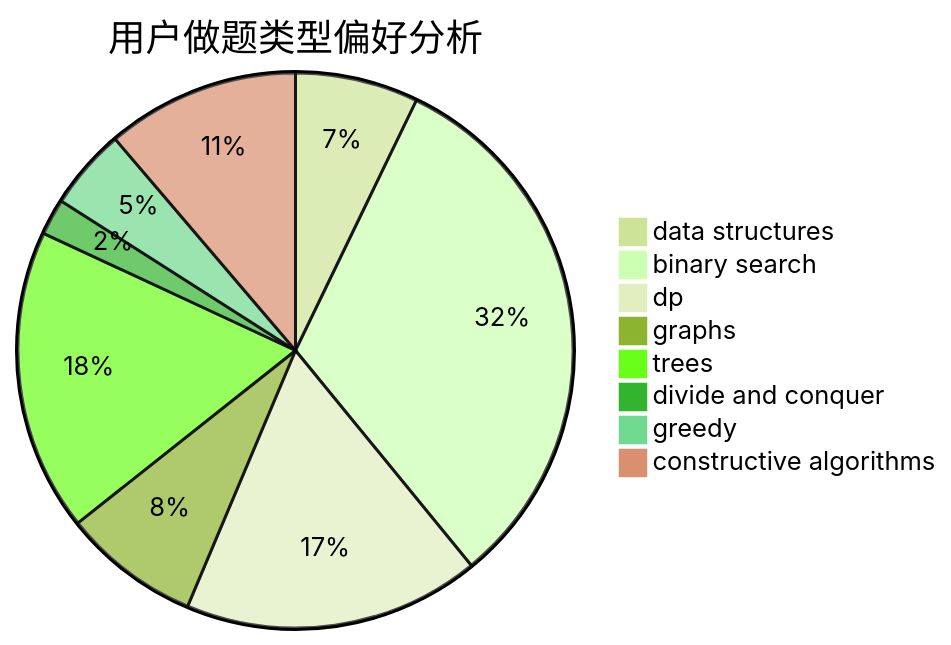
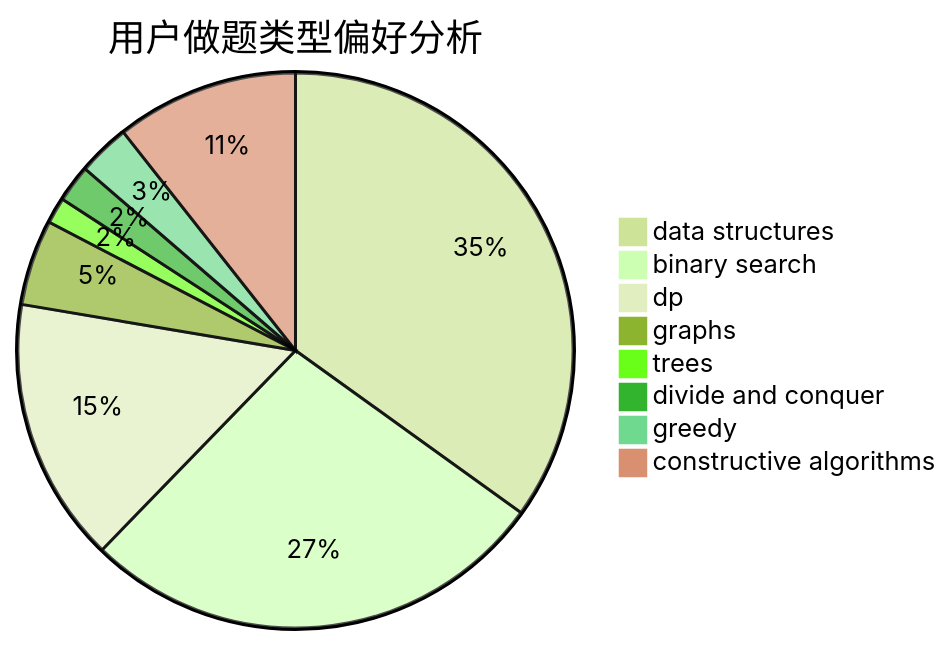
Before and after one commit to sherpahu/cfrs.github.io: the second of 3 diagrams in docs/user/u2348.md, drawn with Mermaid (forest theme). The commit also changed other lines of this file and 2770 other files, not shown here.

````diff
--- a/docs/user/u2348.md
+++ b/docs/user/u2348.md
@@ -23,11 +23,11 @@
 ```mermaid
 pie title 用户做题类型偏好分析
-    "data structures" :  44
-    "binary search" :  196
-    "dp" :  106
-    "graphs" :  49
-    "trees" :  108
-    "divide and conquer" :  13
-    "greedy" :  29
-    "constructive algorithms" :  69
+    "data structures" :  161
+    "binary search" :  126
+    "dp" :  71
+    "graphs" :  23
+    "trees" :  7
+    "divide and conquer" :  10
+    "greedy" :  14
+    "constructive algorithms" :  49
 ```
````
